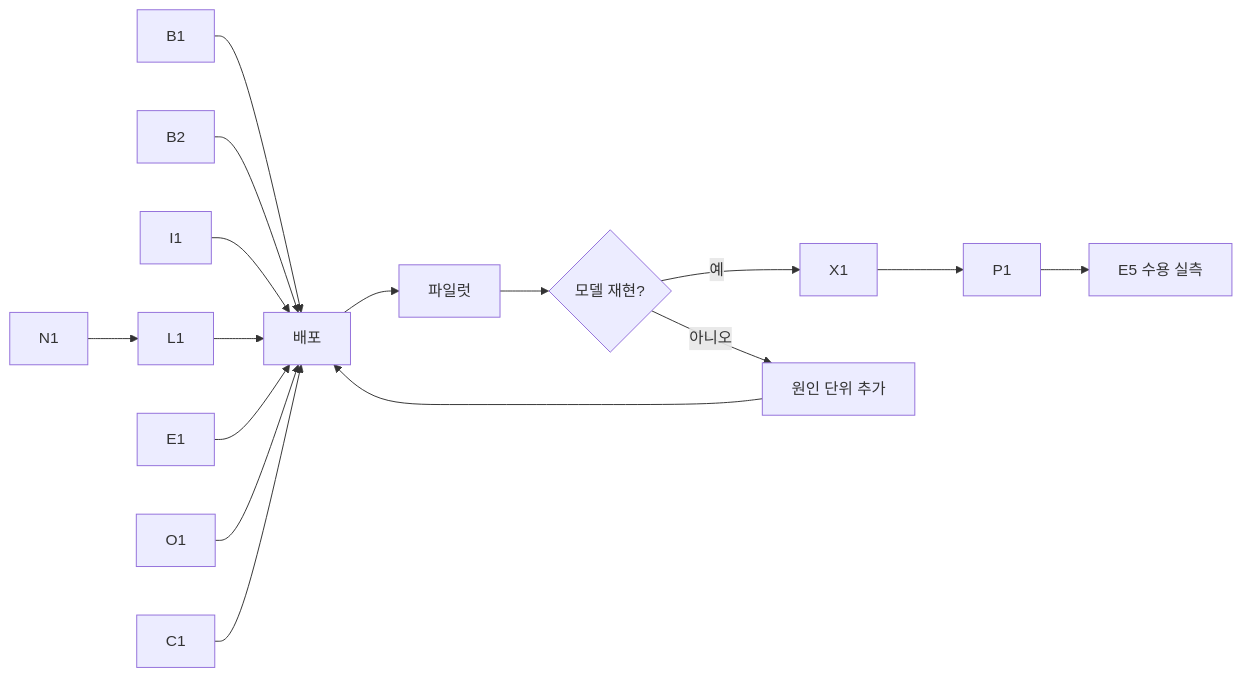
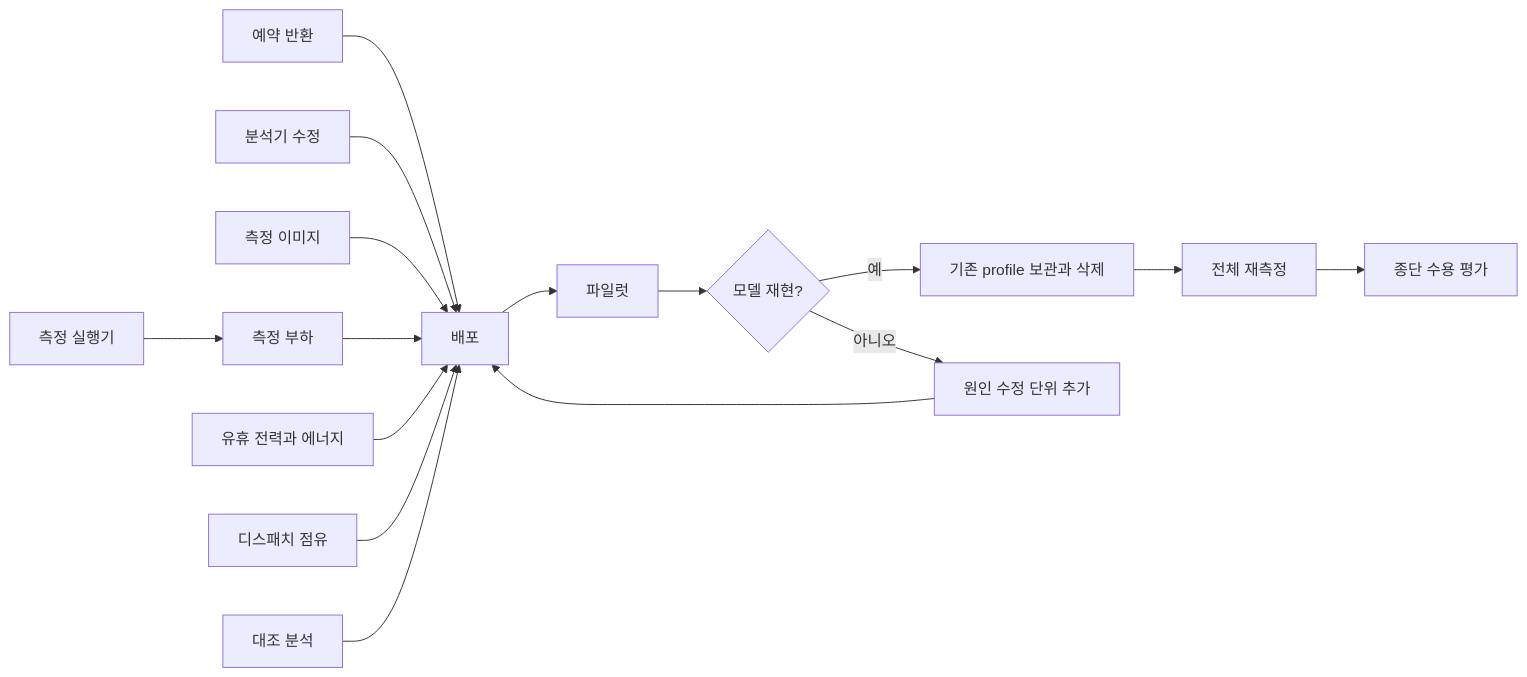
Before and after one commit to lab-paper-code/chill: the diagram in docs/design/serving/profile-serving-equivalence-plan.md, drawn with Mermaid. The commit also changed other lines of this file and 18 other files, not shown here.

````diff
--- a/docs/design/serving/profile-serving-equivalence-plan.md
+++ b/docs/design/serving/profile-serving-equivalence-plan.md
@@ -121,13 +115,13 @@
 ```mermaid
 flowchart LR
-  B1 --> D[배포]
-  B2 --> D
-  I1 --> D
-  N1 --> L1 --> D
-  E1 --> D
-  O1 --> D
-  C1 --> D
-  D --> T1[파일럿] --> J{모델 재현?}
-  J -- 예 --> X1 --> P1 --> A[E5 수용 실측]
-  J -- 아니오 --> F[원인 단위 추가] --> D
+  resetReturn[예약 반환] --> deploy[배포]
+  dependencyAnalysis[분석기 수정] --> deploy
+  measuredImage[측정 이미지] --> deploy
+  nativePath[측정 실행기] --> loadOrigin[측정 부하] --> deploy
+  idleEnergy[유휴 전력과 에너지] --> deploy
+  dispatchOccupancy[디스패치 점유] --> deploy
+  comparison[대조 분석] --> deploy
+  deploy --> pilot[파일럿] --> reproduced{모델 재현?}
+  reproduced -- 예 --> archiveDelete[기존 profile 보관과 삭제] --> remeasure[전체 재측정] --> acceptance[종단 수용 평가]
+  reproduced -- 아니오 --> correction[원인 수정 단위 추가] --> deploy
 ```
````
